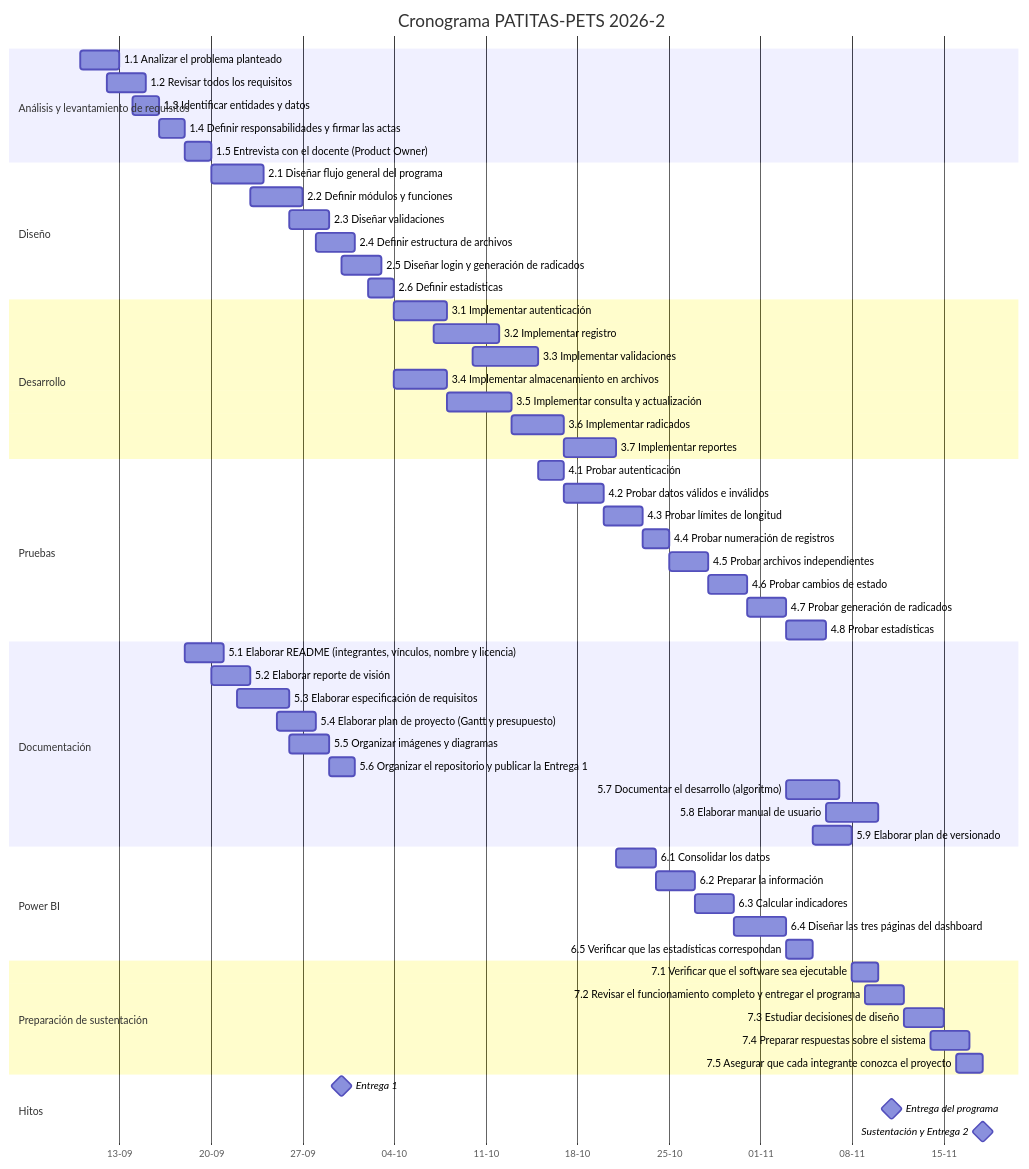
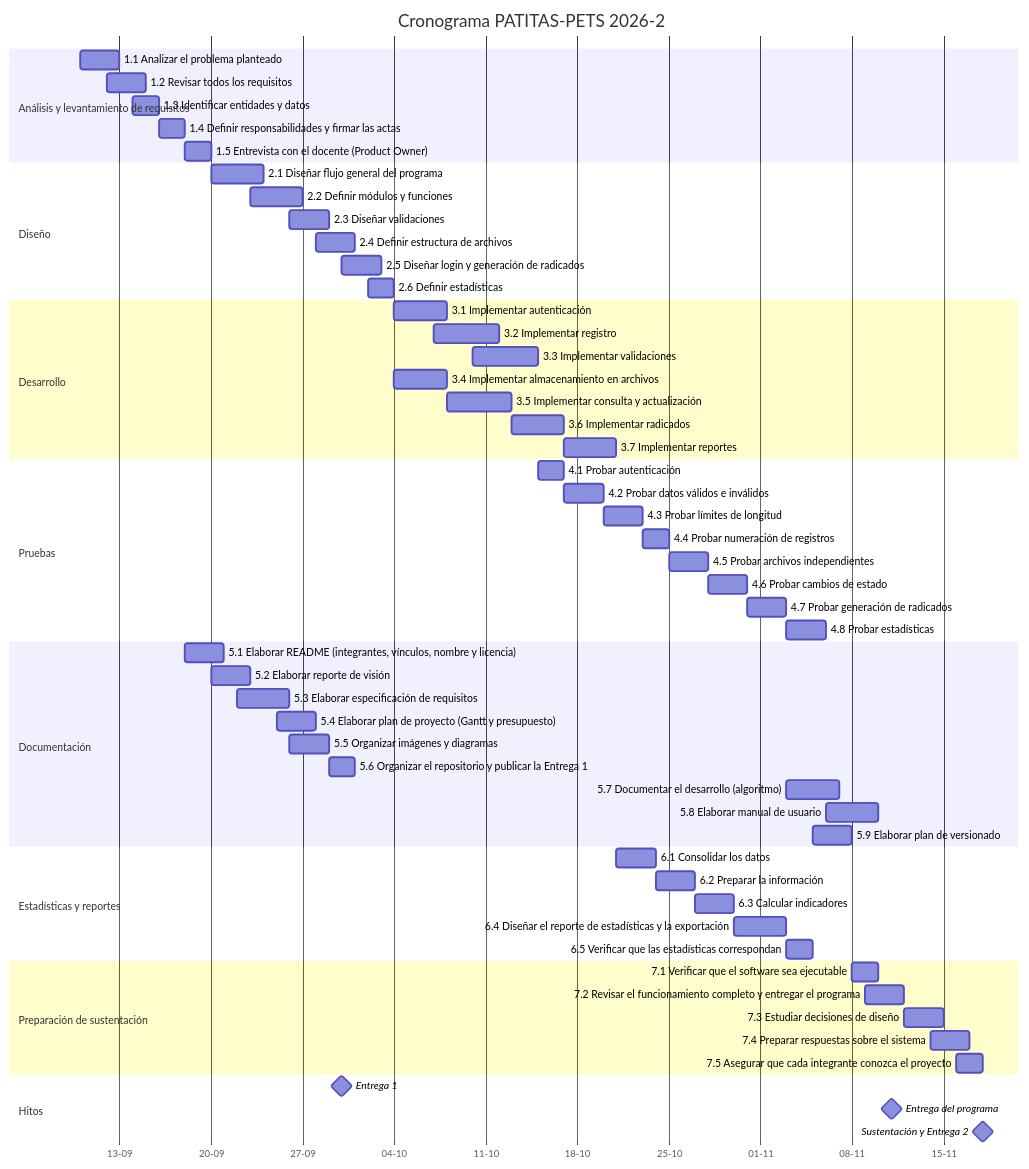
The diagram in docs/03_plan_proyecto.md (anuarcaldon-sys/patitas-pets-pqrs), drawn with Mermaid before and after one commit. The commit also changed other lines of this file and 26 other files, not shown here.

First line of the commit message:
Entrega final v3: se retira Power BI del proyecto y se ajusta la documentación

````diff
--- a/docs/03_plan_proyecto.md
+++ b/docs/03_plan_proyecto.md
@@ -60,62 +60,62 @@
 ```mermaid
 gantt
     title Cronograma PATITAS-PETS 2026-2
     dateFormat YYYY-MM-DD
     axisFormat %d-%m
     section Análisis y levantamiento de requisitos
     1.1 Analizar el problema planteado :a1_1, 2026-09-10, 3d
     1.2 Revisar todos los requisitos :a1_2, 2026-09-12, 3d
     1.3 Identificar entidades y datos :a1_3, 2026-09-14, 2d
     1.4 Definir responsabilidades y firmar las actas :a1_4, 2026-09-16, 2d
     1.5 Entrevista con el docente (Product Owner) :a1_5, 2026-09-18, 2d
     section Diseño
     2.1 Diseñar flujo general del programa :a2_1, 2026-09-20, 4d
     2.2 Definir módulos y funciones :a2_2, 2026-09-23, 4d
     2.3 Diseñar validaciones :a2_3, 2026-09-26, 3d
     2.4 Definir estructura de archivos :a2_4, 2026-09-28, 3d
     2.5 Diseñar login y generación de radicados :a2_5, 2026-09-30, 3d
     2.6 Definir estadísticas :a2_6, 2026-10-02, 2d
     section Desarrollo
     3.1 Implementar autenticación :a3_1, 2026-10-04, 4d
     3.2 Implementar registro :a3_2, 2026-10-07, 5d
     3.3 Implementar validaciones :a3_3, 2026-10-10, 5d
     3.4 Implementar almacenamiento en archivos :a3_4, 2026-10-04, 4d
     3.5 Implementar consulta y actualización :a3_5, 2026-10-08, 5d
     3.6 Implementar radicados :a3_6, 2026-10-13, 4d
     3.7 Implementar reportes :a3_7, 2026-10-17, 4d
     section Pruebas
     4.1 Probar autenticación :a4_1, 2026-10-15, 2d
     4.2 Probar datos válidos e inválidos :a4_2, 2026-10-17, 3d
     4.3 Probar límites de longitud :a4_3, 2026-10-20, 3d
     4.4 Probar numeración de registros :a4_4, 2026-10-23, 2d
     4.5 Probar archivos independientes :a4_5, 2026-10-25, 3d
     4.6 Probar cambios de estado :a4_6, 2026-10-28, 3d
     4.7 Probar generación de radicados :a4_7, 2026-10-31, 3d
     4.8 Probar estadísticas :a4_8, 2026-11-03, 3d
     section Documentación
     5.1 Elaborar README (integrantes, vínculos, nombre y licencia) :a5_1, 2026-09-18, 3d
     5.2 Elaborar reporte de visión :a5_2, 2026-09-20, 3d
     5.3 Elaborar especificación de requisitos :a5_3, 2026-09-22, 4d
     5.4 Elaborar plan de proyecto (Gantt y presupuesto) :a5_4, 2026-09-25, 3d
     5.5 Organizar imágenes y diagramas :a5_5, 2026-09-26, 3d
     5.6 Organizar el repositorio y publicar la Entrega 1 :a5_6, 2026-09-29, 2d
     5.7 Documentar el desarrollo (algoritmo) :a5_7, 2026-11-03, 4d
     5.8 Elaborar manual de usuario :a5_8, 2026-11-06, 4d
     5.9 Elaborar plan de versionado :a5_9, 2026-11-05, 3d
-    section Power BI
+    section Estadísticas y reportes
     6.1 Consolidar los datos :a6_1, 2026-10-21, 3d
     6.2 Preparar la información :a6_2, 2026-10-24, 3d
     6.3 Calcular indicadores :a6_3, 2026-10-27, 3d
-    6.4 Diseñar las tres páginas del dashboard :a6_4, 2026-10-30, 4d
+    6.4 Diseñar el reporte de estadísticas y la exportación :a6_4, 2026-10-30, 4d
     6.5 Verificar que las estadísticas correspondan :a6_5, 2026-11-03, 2d
     section Preparación de sustentación
     7.1 Verificar que el software sea ejecutable :a7_1, 2026-11-08, 2d
     7.2 Revisar el funcionamiento completo y entregar el programa :a7_2, 2026-11-09, 3d
     7.3 Estudiar decisiones de diseño :a7_3, 2026-11-12, 3d
     7.4 Preparar respuestas sobre el sistema :a7_4, 2026-11-14, 3d
     7.5 Asegurar que cada integrante conozca el proyecto :a7_5, 2026-11-16, 2d
     section Hitos
     Entrega 1 :milestone, h1, 2026-09-30, 0d
     Entrega del programa :milestone, h2, 2026-11-11, 0d
     Sustentación y Entrega 2 :milestone, h3, 2026-11-18, 0d
 ```
````
